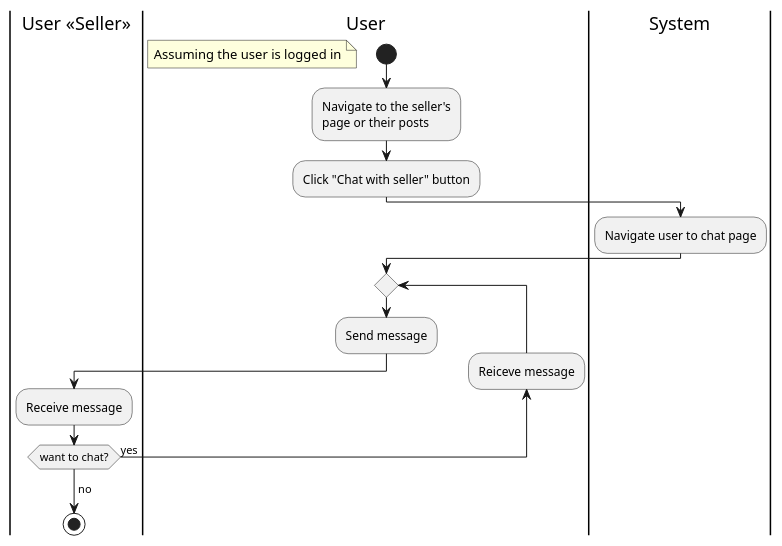
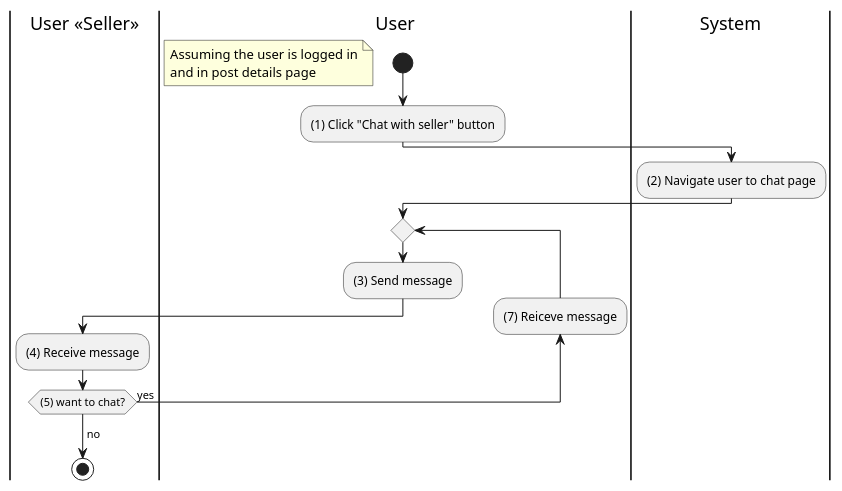
Before and after one commit to doublek2712/SE357-Pratice-class: the diagram in Lab 1.2/puml-code/activity/chat-wth-seller.puml, drawn with PlantUML. The commit also changed 5 other files, not shown here.

```diff
--- a/Lab 1.2/puml-code/activity/chat-wth-seller.puml
+++ b/Lab 1.2/puml-code/activity/chat-wth-seller.puml
@@ -1,25 +1,24 @@
 @startuml
 |User <<Seller>>|
 |User|
 start
 floating note left
 Assuming the user is logged in
+and in post details page
 end note
-:Navigate to the seller's 
-page or their posts;
-:Click "Chat with seller" button;
+:(1) Click "Chat with seller" button;
 |System|
-:Navigate user to chat page;
+:(2) Navigate user to chat page;
 |User|
 repeat
-   :Send message;
+   :(3) Send message;
    |User <<Seller>>|
-   :Receive message;
+   :(4) Receive message;
 backward:Send message;
 |User|
-backward:Reiceve message;
+backward:(7) Reiceve message;
 |User <<Seller>>|
-repeat while (want to chat?) is (yes)
+repeat while ((5) want to chat?) is (yes)
 -> no;
 stop
 @enduml
```
